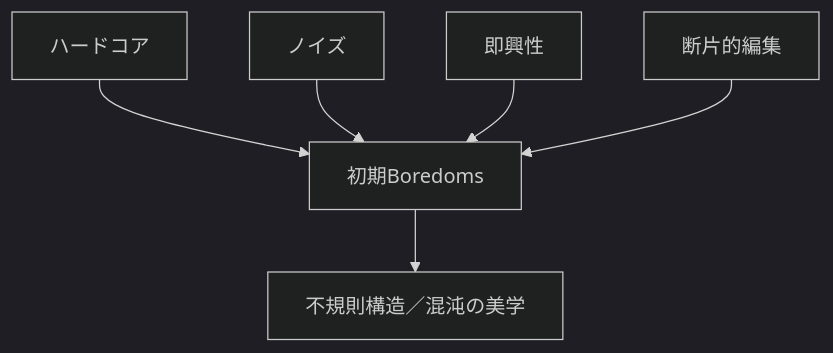
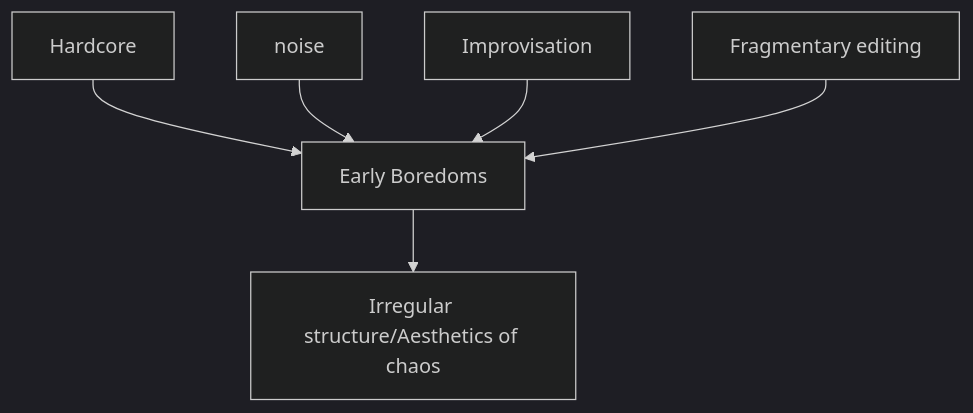
One commit to monumental-movement/monumental-movement.github.io changed the second of 6 diagrams in en/_posts/2025-12-05-column-boredoms.md. Above: the diagram before and after it, drawn with Mermaid (dark theme). The commit also changed other lines of this file and 801 other files, not shown here.

```diff
--- a/en/_posts/2025-12-05-column-boredoms.md
+++ b/en/_posts/2025-12-05-column-boredoms.md
@@ -79,8 +80,8 @@
 <div class="mermaid">
 flowchart TD
-    A["ハードコア"] --> F["初期Boredoms"]
-    B["ノイズ"] --> F
-    C["即興性"] --> F
-    D["断片的編集"] --> F
-    F --> G["不規則構造／混沌の美学"]
+    A["Hardcore"] --> F["Early Boredoms"]
+    B["noise"] --> F
+    C["Improvisation"] --> F
+    D["Fragmentary editing"] --> F
+    F --> G["Irregular structure/Aesthetics of chaos"]
 </div>
```
